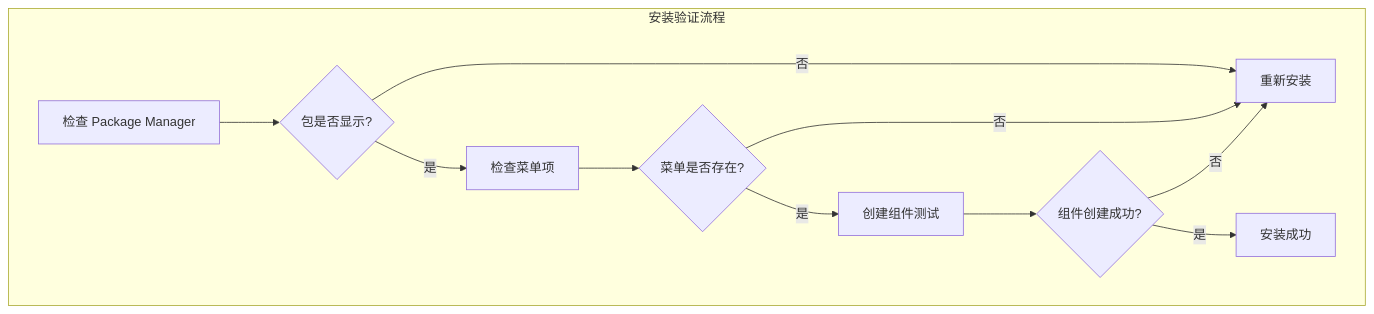
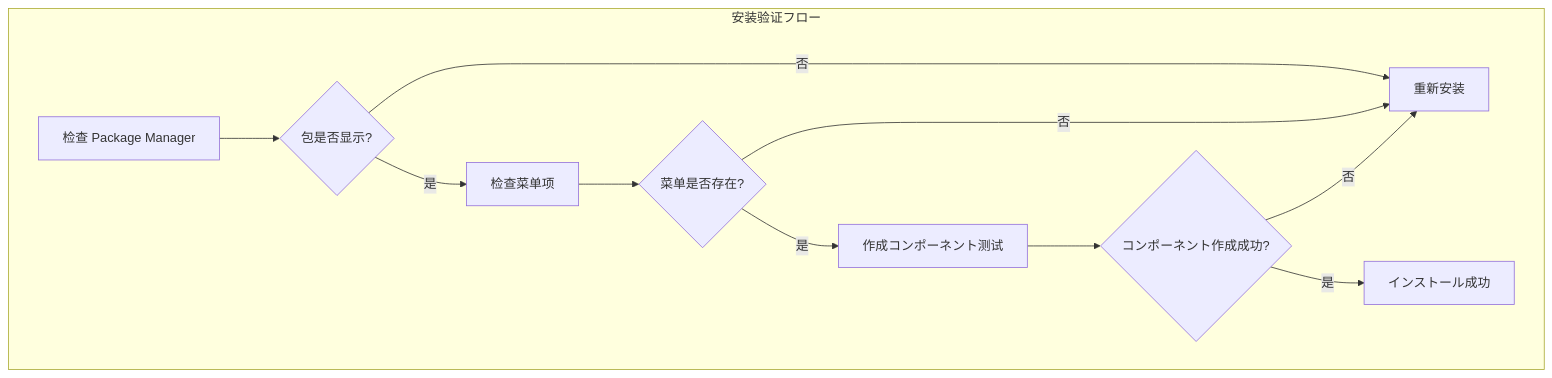
Before and after one commit to AlianBlank/GameFrameX.Docs: the second of 2 diagrams in docs/ja/client/unity/component/globalconfig/02.installation.md, drawn with Mermaid. The commit also changed other lines of this file and 603 other files, not shown here.

````diff
--- a/docs/ja/client/unity/component/globalconfig/02.installation.md
+++ b/docs/ja/client/unity/component/globalconfig/02.installation.md
@@ -162,14 +162,14 @@
 ```mermaid
 flowchart TD
-    subgraph Verification["安装验证流程"]
+    subgraph Verification["安装验证フロー"]
         V1[检查 Package Manager] --> V2{包是否显示?}
         V2 -->|是| V3[检查菜单项]
         V2 -->|否| V4[重新安装]
         V3 --> V5{菜单是否存在?}
-        V5 -->|是| V6[创建组件测试]
+        V5 -->|是| V6[作成コンポーネント测试]
         V5 -->|否| V4
-        V6 --> V7{组件创建成功?}
-        V7 -->|是| V8[安装成功]
+        V6 --> V7{コンポーネント作成成功?}
+        V7 -->|是| V8[インストール成功]
         V7 -->|否| V4
     end
 ```
````
